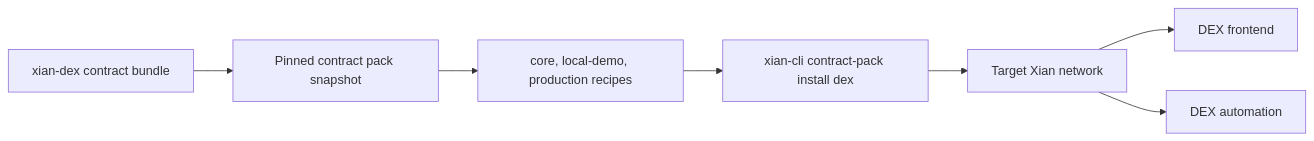
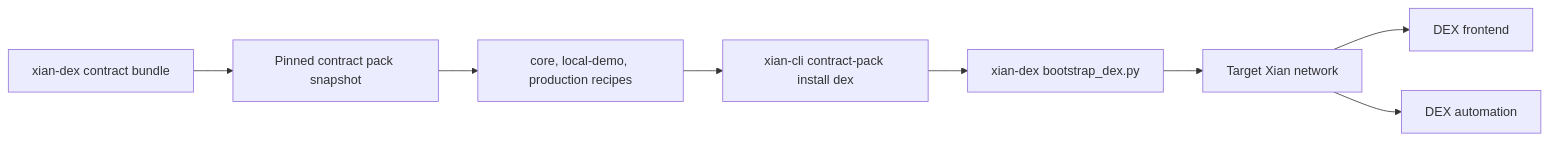
One commit to xian-technology/xian-configs changed the diagram in contract-packs/dex/README.md. Above: the diagram before and after it, drawn with Mermaid. The commit also changed 9 other files, not shown here.

````diff
--- a/contract-packs/dex/README.md
+++ b/contract-packs/dex/README.md
@@ -9,9 +9,10 @@
 ```mermaid
 flowchart LR
   DexRepo["xian-dex contract bundle"] --> Snapshot["Pinned contract pack snapshot"]
   Snapshot --> Recipes["core, local-demo, production recipes"]
   Recipes --> CLI["xian-cli contract-pack install dex"]
-  CLI --> Network["Target Xian network"]
+  CLI --> Installer["xian-dex bootstrap_dex.py"]
+  Installer --> Network["Target Xian network"]
   Network --> Frontend["DEX frontend"]
   Network --> Automation["DEX automation"]
 ```
````
